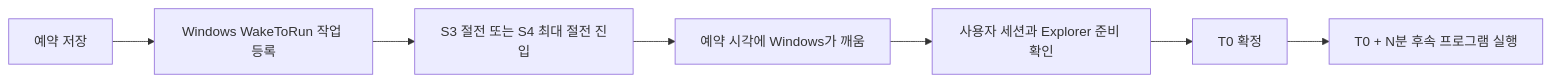
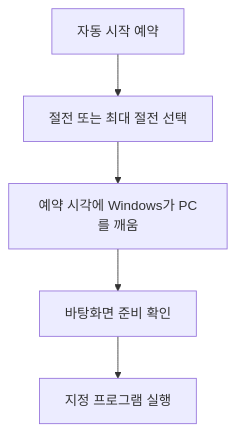
One commit to esleeeeee/eslee-auto-power changed the first of 2 diagrams in README.md. Above: the diagram before and after it, drawn with Mermaid. The commit also changed other lines of this file and 1 other file, not shown here.

````diff
--- a/README.md
+++ b/README.md
@@ -63,9 +121,7 @@
 ```mermaid
-flowchart LR
-    A["예약 저장"] --> B["Windows WakeToRun 작업 등록"]
-    B --> C["S3 절전 또는 S4 최대 절전 진입"]
-    C --> D["예약 시각에 Windows가 깨움"]
-    D --> E["사용자 세션과 Explorer 준비 확인"]
-    E --> F["T0 확정"]
-    F --> G["T0 + N분 후속 프로그램 실행"]
+flowchart TD
+    A["자동 시작 예약"] --> B["절전 또는 최대 절전 선택"]
+    B --> C["예약 시각에 Windows가 PC를 깨움"]
+    C --> D["바탕화면 준비 확인"]
+    D --> E["지정 프로그램 실행"]
 ```
````
